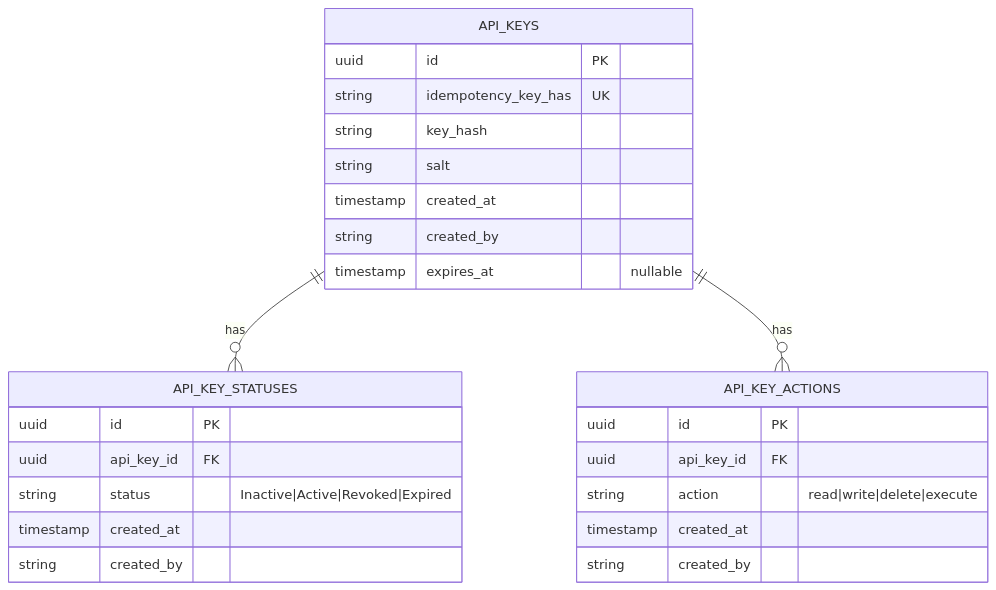
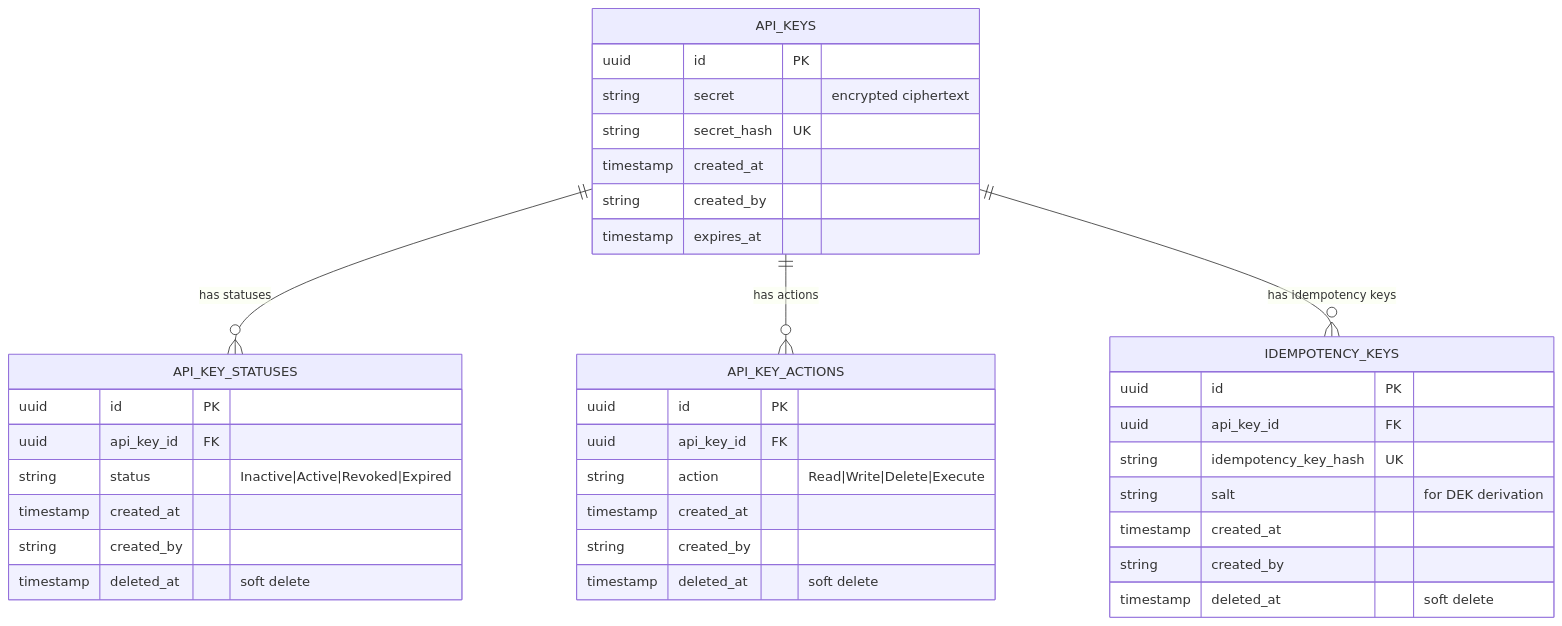
The diagram in Docs/Architecture/database.md (anthonynoelw/locksmith), drawn with Mermaid before and after one commit. The commit also changed other lines of this file and 23 other files, not shown here.

Commit message:
feat: implement idempotency key table and repository pattern

````diff
--- a/Docs/Architecture/database.md
+++ b/Docs/Architecture/database.md
@@ -9,31 +9,43 @@
 ```mermaid
 erDiagram
-    API_KEYS ||--o{ API_KEY_STATUSES : has
-    API_KEYS ||--o{ API_KEY_ACTIONS : has
+    API_KEYS ||--o{ API_KEY_STATUSES : "has statuses"
+    API_KEYS ||--o{ API_KEY_ACTIONS : "has actions"
+    API_KEYS ||--o{ IDEMPOTENCY_KEYS : "has idempotency keys"
     
     API_KEYS {
         uuid id PK
-        string idempotency_key_has UK
-        string key_hash
-        string salt
+        string secret "encrypted ciphertext"
+        string secret_hash UK
         timestamp created_at
         string created_by
-        timestamp expires_at "nullable"
+        timestamp expires_at
+    }
+    
+    IDEMPOTENCY_KEYS {
+        uuid id PK
+        uuid api_key_id FK
+        string idempotency_key_hash UK
+        string salt "for DEK derivation"
+        timestamp created_at
+        string created_by
+        timestamp deleted_at "soft delete"
     }
     
     API_KEY_STATUSES {
         uuid id PK
         uuid api_key_id FK
         string status "Inactive|Active|Revoked|Expired"
         timestamp created_at
         string created_by
+        timestamp deleted_at "soft delete"
     }
     
     API_KEY_ACTIONS {
         uuid id PK
         uuid api_key_id FK
-        string action "read|write|delete|execute"
+        string action "Read|Write|Delete|Execute"
         timestamp created_at
         string created_by
+        timestamp deleted_at "soft delete"
     }
 ```
````
